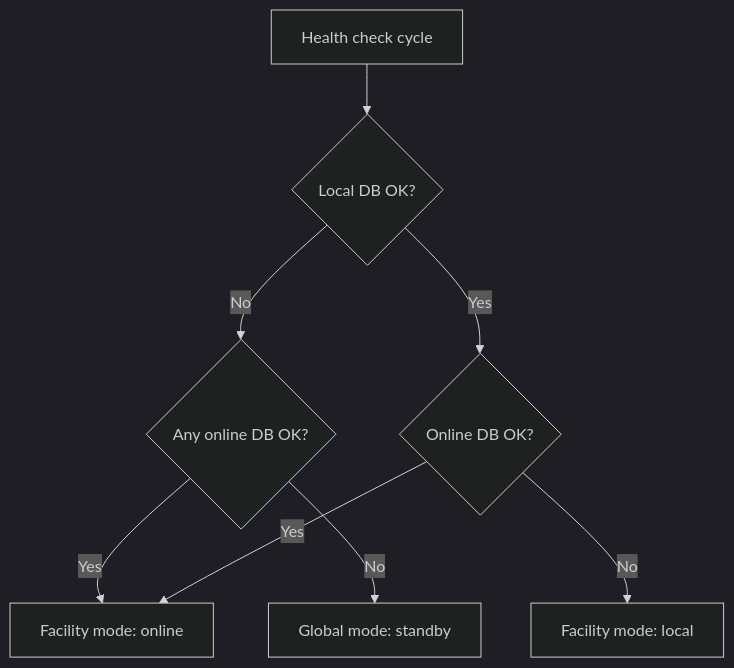
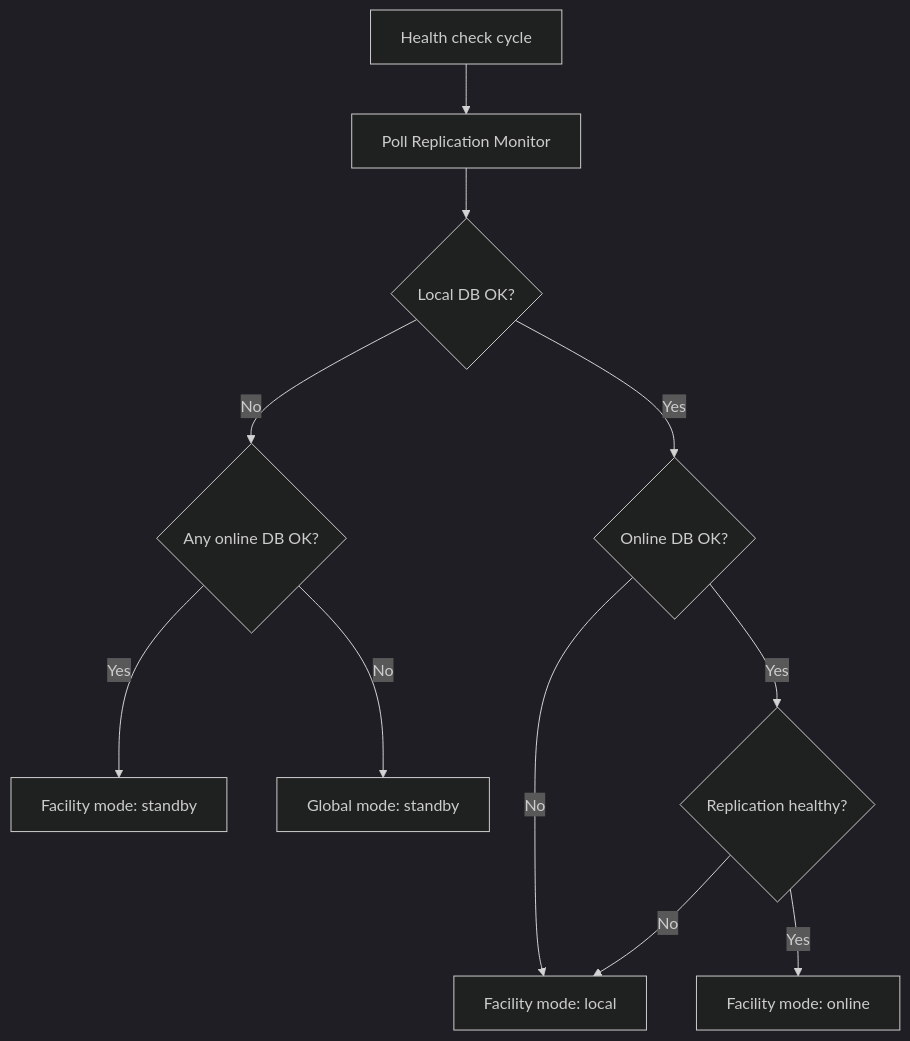
One commit to Admin-dynasoft/rhie-integration changed the diagram in docs/coordinator.md. Above: the diagram before and after it, drawn with Mermaid (dark theme). The commit also changed other lines of this file and 49 other files, not shown here.

````diff
--- a/docs/coordinator.md
+++ b/docs/coordinator.md
@@ -16,11 +18,14 @@
 ```mermaid
 flowchart TD
-    START[Health check cycle] --> LOCAL{Local DB OK?}
+    START[Health check cycle] --> REP[Poll Replication Monitor]
+    REP --> LOCAL{Local DB OK?}
     LOCAL -->|No| ONLINE_ONLY{Any online DB OK?}
-    ONLINE_ONLY -->|Yes| FAC_ONLINE[Facility mode: online]
-    ONLINE_ONLY -->|No| STANDBY[Global mode: standby]
+    ONLINE_ONLY -->|Yes| STANDBY[Facility mode: standby]
+    ONLINE_ONLY -->|No| STANDBY2[Global mode: standby]
 
     LOCAL -->|Yes| ONLINE{Online DB OK?}
-    ONLINE -->|Yes| FAC_ONLINE
     ONLINE -->|No| FAC_LOCAL[Facility mode: local]
+    ONLINE -->|Yes| REPL{Replication healthy?}
+    REPL -->|Yes| FAC_ONLINE[Facility mode: online]
+    REPL -->|No| FAC_LOCAL
 ```
````
